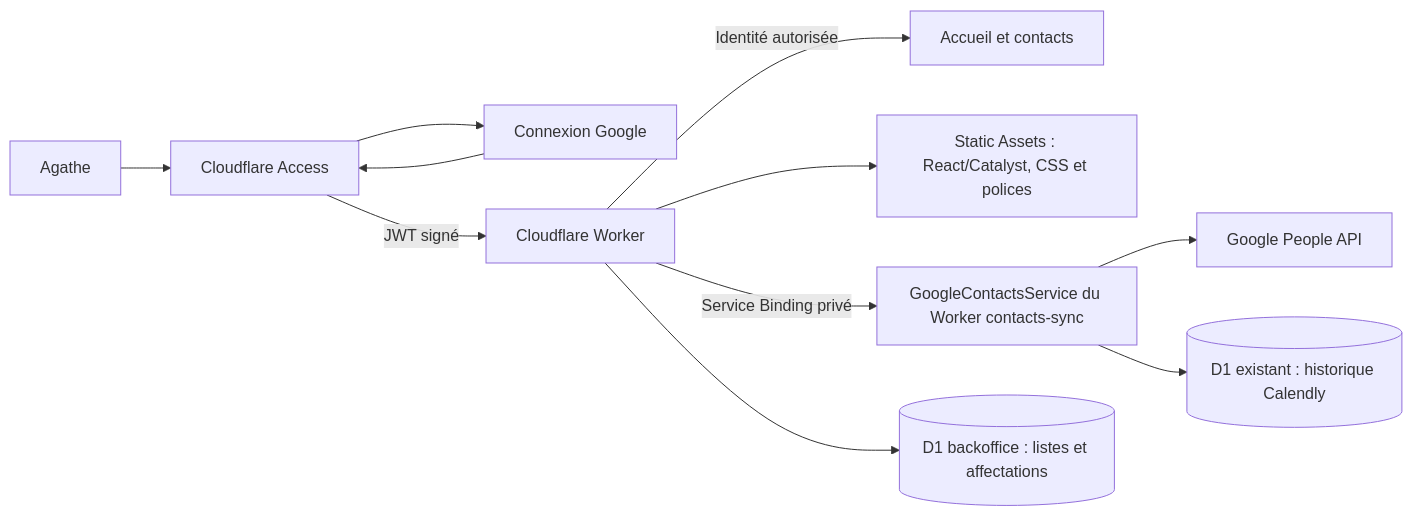
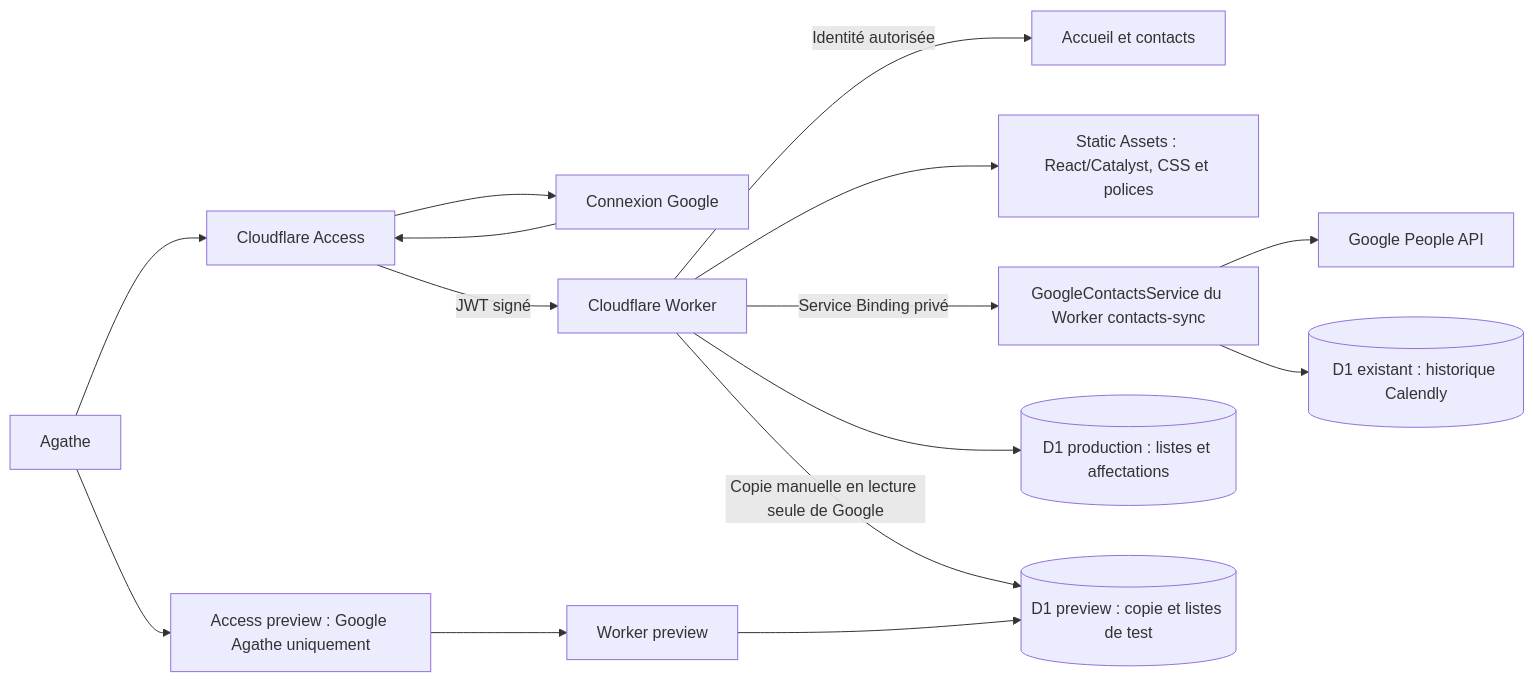
One commit to ludwig-pro/osteopathie-animale-bordeaux-v2 changed the diagram in docs/backoffice-cloudflare.md. Above: the diagram before and after it, drawn with Mermaid. The commit also changed other lines of this file and 31 other files, not shown here.

Commit message:
feat(backoffice): isolate preview and production environments

````diff
--- a/docs/backoffice-cloudflare.md
+++ b/docs/backoffice-cloudflare.md
@@ -16,13 +17,17 @@
 ```mermaid
 flowchart LR
   U[Agathe] --> A[Cloudflare Access]
   A --> G[Connexion Google]
   G --> A
   A -->|JWT signé| W[Cloudflare Worker]
   W -->|Identité autorisée| I[Accueil et contacts]
   W --> S[Static Assets : React/Catalyst, CSS et polices]
   W -->|Service Binding privé| C[GoogleContactsService du Worker contacts-sync]
   C --> P[Google People API]
   C --> B[(D1 existant : historique Calendly)]
-  W --> L[(D1 backoffice : listes et affectations)]
+  W --> L[(D1 production : listes et affectations)]
+  W -->|Copie manuelle en lecture seule de Google| PDB[(D1 preview : copie et listes de test)]
+  U --> PA[Access preview : Google Agathe uniquement]
+  PA --> PW[Worker preview]
+  PW --> PDB
 ```
````
